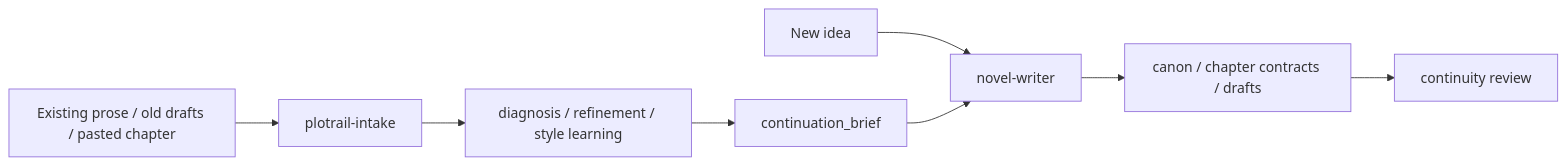
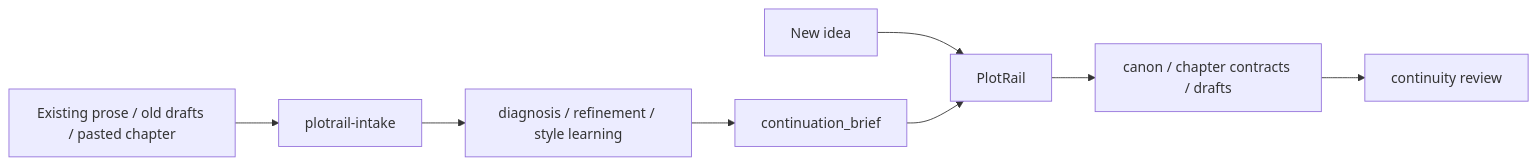
The first of 2 diagrams in README.en.md (waylean/plotrail), drawn with Mermaid before and after one commit. The commit also changed other lines of this file and 18 other files, not shown here.

Commit message:
Replace legacy novel-writer naming with PlotRail

````diff
--- a/README.en.md
+++ b/README.en.md
@@ -109,10 +109,10 @@
 ```mermaid
 flowchart LR
-  A["New idea"] --> B["novel-writer"]
+  A["New idea"] --> B["PlotRail"]
   B --> C["canon / chapter contracts / drafts"]
   C --> D["continuity review"]
   E["Existing prose / old drafts / pasted chapter"] --> F["plotrail-intake"]
   F --> G["diagnosis / refinement / style learning"]
   G --> H["continuation_brief"]
   H --> B
 ```
````
